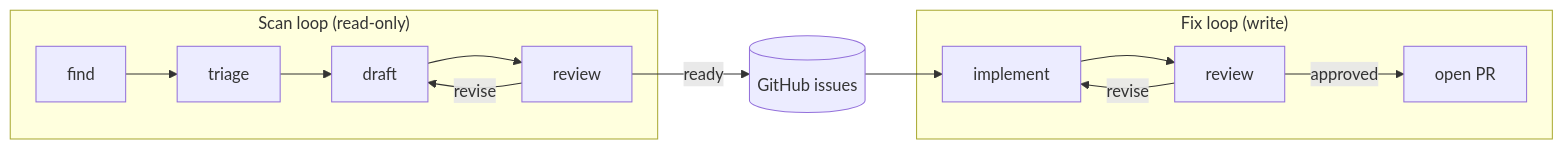
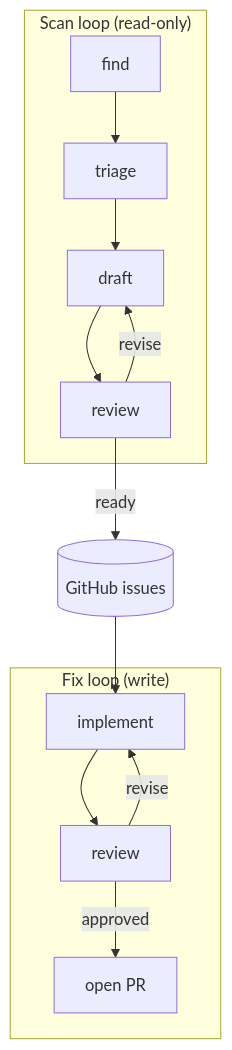
One commit to ooloth/vitals changed the diagram in README.md. Above: the diagram before and after it, drawn with Mermaid.

Commit message:
docs: rotate README diagram to vertical layout

````diff
--- a/README.md
+++ b/README.md
@@ -11,14 +11,14 @@
 ```mermaid
-flowchart LR
+flowchart TB
     subgraph scan["Scan loop (read-only)"]
         S1[find] --> S2[triage] --> S3[draft] --> S4[review]
         S4 -->|revise| S3
     end
+    S4 -->|ready| issues[(GitHub issues)]
+    issues --> F1
     subgraph fix["Fix loop (write)"]
         F1[implement] --> F2[review]
         F2 -->|revise| F1
         F2 -->|approved| F3[open PR]
     end
-    S4 -->|ready| issues[(GitHub issues)]
-    issues --> F1
 ```
````
